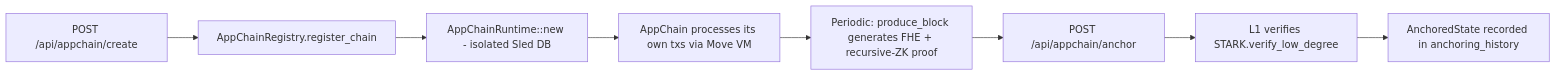
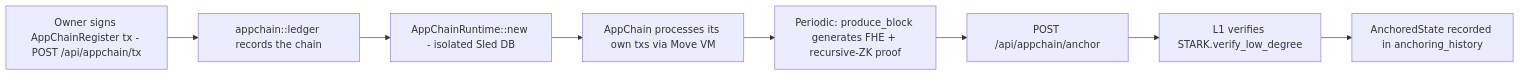
The eighth of 9 diagrams in ULTRA_NET_TECHNICAL_GUIDE.md (Alexand173/ultranet), drawn with Mermaid before and after one commit. The commit also changed other lines of this file and 4 other files, not shown here.

First line of the commit message:
fix(api): show ledger AppChains in /overview and /list

````diff
--- a/ULTRA_NET_TECHNICAL_GUIDE.md
+++ b/ULTRA_NET_TECHNICAL_GUIDE.md
@@ -645,10 +645,10 @@
 ```mermaid
 graph LR
-    A[POST /api/appchain/create] --> B[AppChainRegistry.register_chain]
+    A[Owner signs AppChainRegister tx - POST /api/appchain/tx] --> B[appchain::ledger records the chain]
     B --> C[AppChainRuntime::new - isolated Sled DB]
     C --> D[AppChain processes its own txs via Move VM]
     D --> E[Periodic: produce_block generates FHE + recursive-ZK proof]
     E --> F[POST /api/appchain/anchor]
     F --> G[L1 verifies STARK.verify_low_degree]
     G --> H[AnchoredState recorded in anchoring_history]
 ```
````
